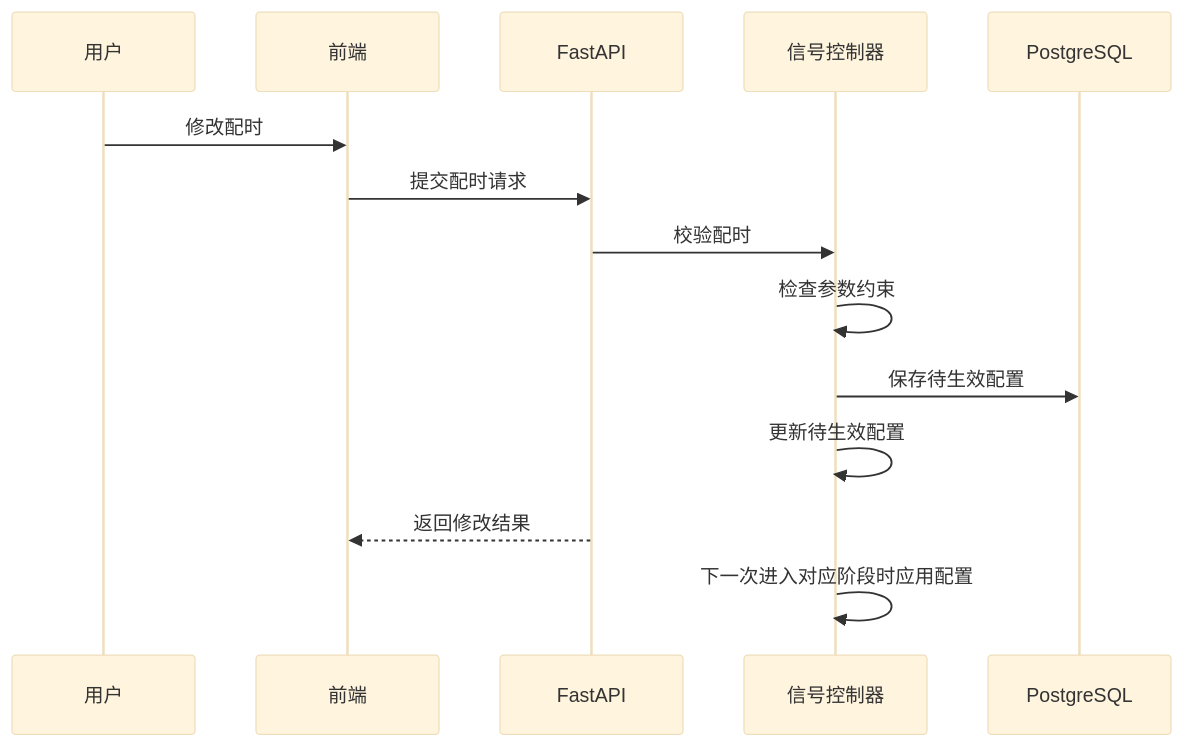
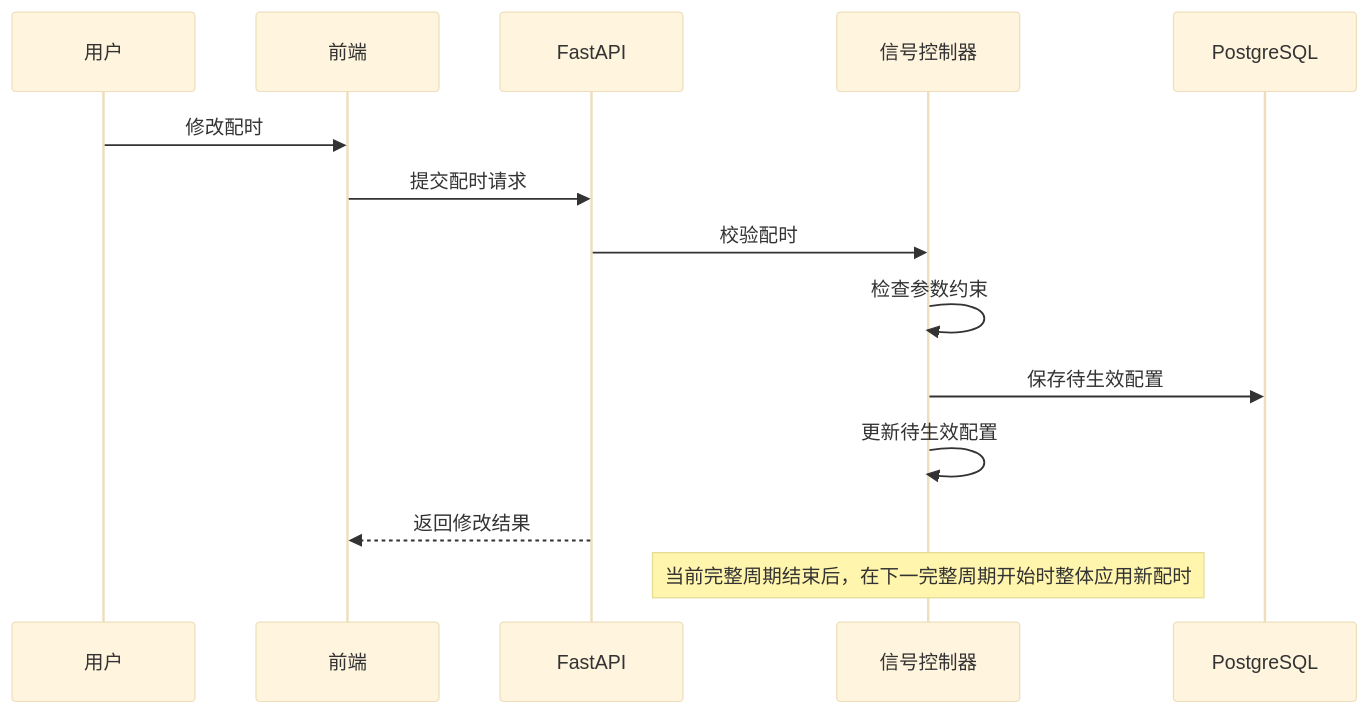
One commit to goblinconan/traffic-signal-control-platform changed the sixth of 9 diagrams in docs/02-architecture.md. Above: the diagram before and after it, drawn with Mermaid (base theme). The commit also changed other lines of this file and 34 other files, not shown here.

````diff
--- a/docs/02-architecture.md
+++ b/docs/02-architecture.md
@@ -763,17 +694,17 @@
 ```mermaid
 sequenceDiagram
     participant U as 用户
     participant F as 前端
     participant A as FastAPI
     participant C as 信号控制器
     participant D as PostgreSQL
 
     U->>F: 修改配时
     F->>A: 提交配时请求
     A->>C: 校验配时
     C->>C: 检查参数约束
     C->>D: 保存待生效配置
     C->>C: 更新待生效配置
     A-->>F: 返回修改结果
-    C->>C: 下一次进入对应阶段时应用配置
+    Note over C: 当前完整周期结束后，在下一完整周期开始时整体应用新配时
 ```
````
